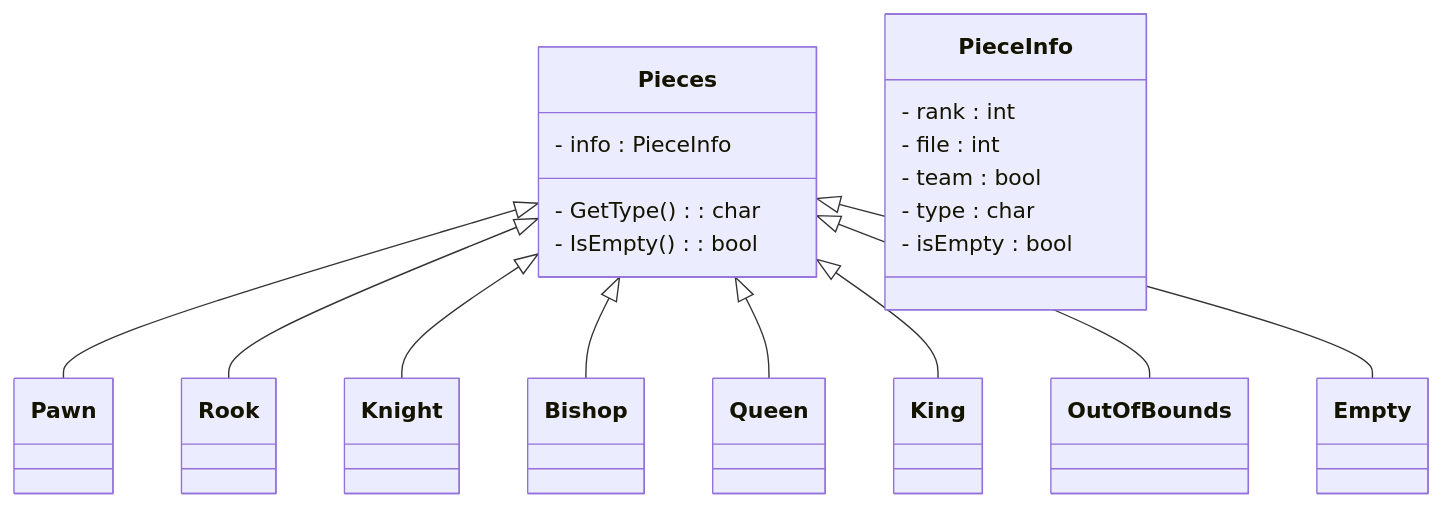
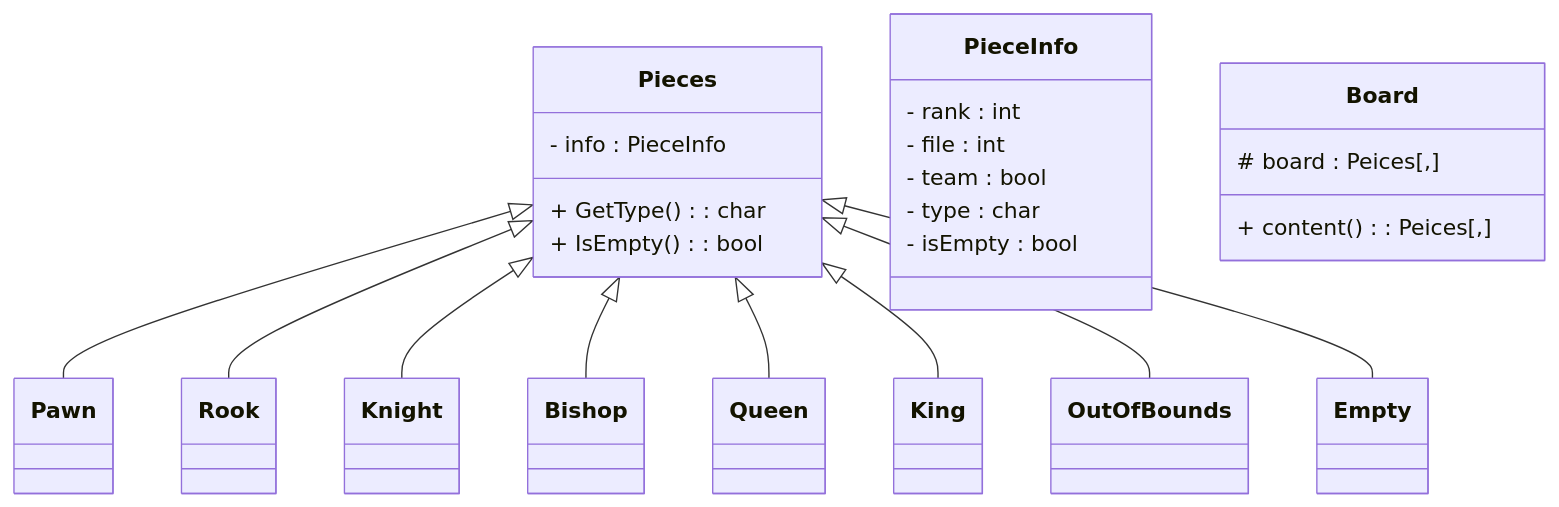
Before and after one commit to FixYourLag/chess-with-dislocations: the diagram in README.md, drawn with Mermaid.

Commit message:
add board class to diagram

````diff
--- a/README.md
+++ b/README.md
@@ -10,39 +10,43 @@
 ```mermaid
    classDiagram
       Pieces <|-- Pawn
       Pieces <|-- Rook
       Pieces <|-- Knight
       Pieces <|-- Bishop
       Pieces <|-- Queen
       Pieces <|-- King
       Pieces <|-- OutOfBounds
       Pieces <|-- Empty
       class Pawn{
       }
       class Rook{
       }
       class Knight{
       }
       class Bishop{
       }
       class Queen{
       }
       class King{
       }
       class OutOfBounds{
       }
       class Empty{
       }
       class Pieces{
          - info : PieceInfo
-         - GetType() : char
-         - IsEmpty() : bool
+         + GetType() : char
+         + IsEmpty() : bool
       }
       class PieceInfo{
          - rank : int
          - file : int
          - team : bool
          - type : char
          - isEmpty : bool
       }
+      class Board{
+         # board : Peices[,]
+         + content() : Peices[,]
+      }
 ```
````
